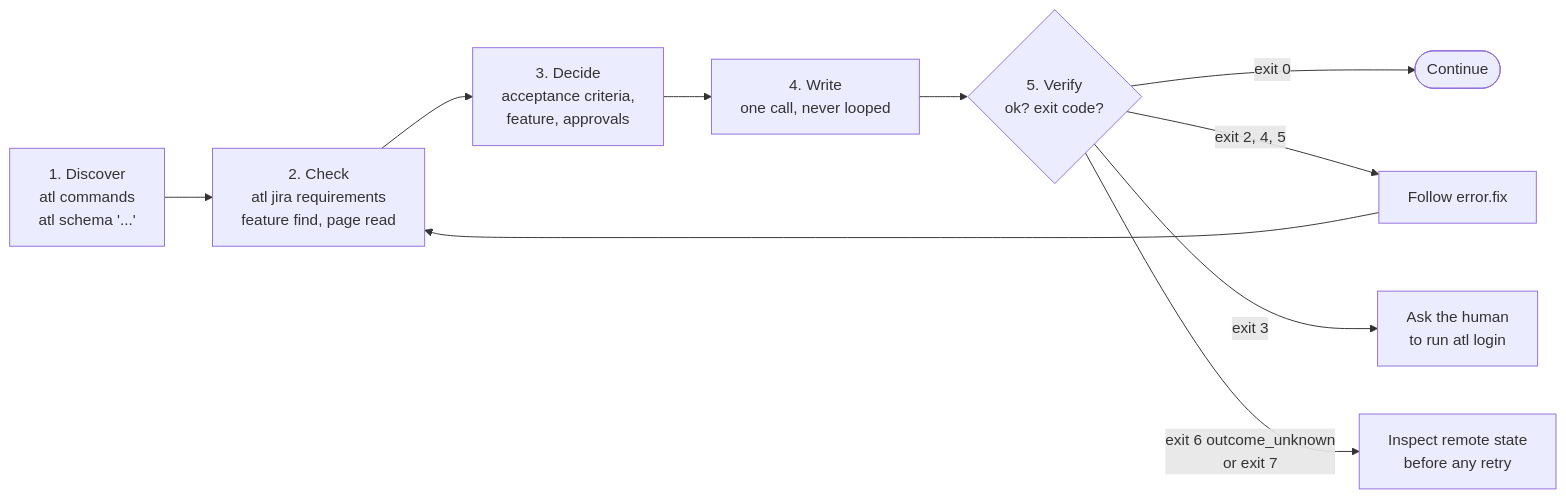
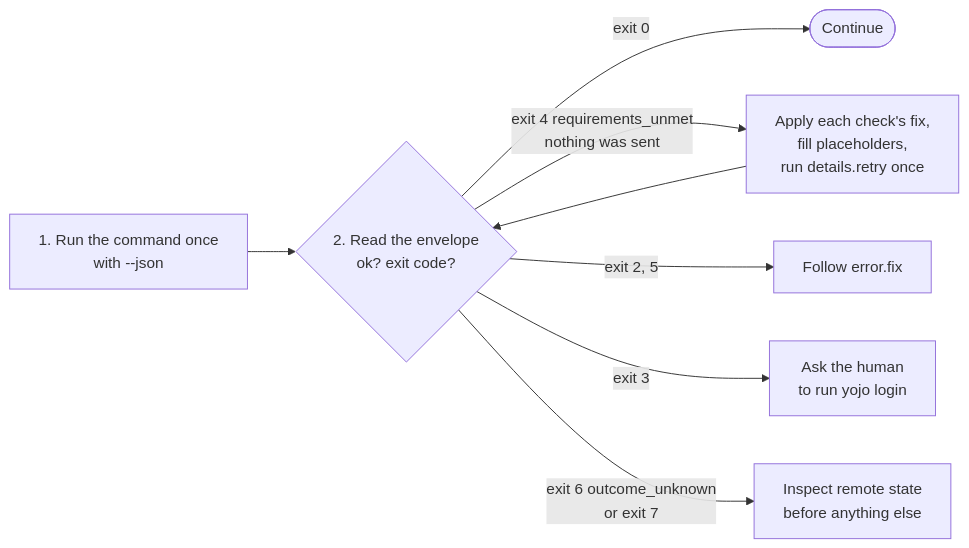
Before and after one commit to calvinware/atlass-cli: the diagram in docs/agents.md, drawn with Mermaid. The commit also changed other lines of this file and 80 other files, not shown here.

First line of the commit message:
feat(cli): establish yojo 0.1.0 and generic Jira issue commands (#14)

````diff
--- a/docs/agents.md
+++ b/docs/agents.md
@@ -8,11 +8,9 @@
 ```mermaid
 flowchart LR
-    Discover["1. Discover<br/>atl commands<br/>atl schema '...'"] --> Check["2. Check<br/>atl jira requirements<br/>feature find, page read"]
-    Check --> Decide["3. Decide<br/>acceptance criteria,<br/>feature, approvals"]
-    Decide --> Write["4. Write<br/>one call, never looped"]
-    Write --> Verify{"5. Verify<br/>ok? exit code?"}
+    Write["1. Run the command once<br/>with --json"] --> Verify{"2. Read the envelope<br/>ok? exit code?"}
     Verify -->|"exit 0"| Done(["Continue"])
-    Verify -->|"exit 2, 4, 5"| Fix["Follow error.fix"] --> Check
-    Verify -->|"exit 3"| Human["Ask the human<br/>to run atl login"]
-    Verify -->|"exit 6 outcome_unknown<br/>or exit 7"| Inspect["Inspect remote state<br/>before any retry"]
+    Verify -->|"exit 4 requirements_unmet<br/>nothing was sent"| Fix["Apply each check's fix,<br/>fill placeholders,<br/>run details.retry once"] --> Verify
+    Verify -->|"exit 2, 5"| Input["Follow error.fix"]
+    Verify -->|"exit 3"| Human["Ask the human<br/>to run yojo login"]
+    Verify -->|"exit 6 outcome_unknown<br/>or exit 7"| Inspect["Inspect remote state<br/>before anything else"]
 ```
````
